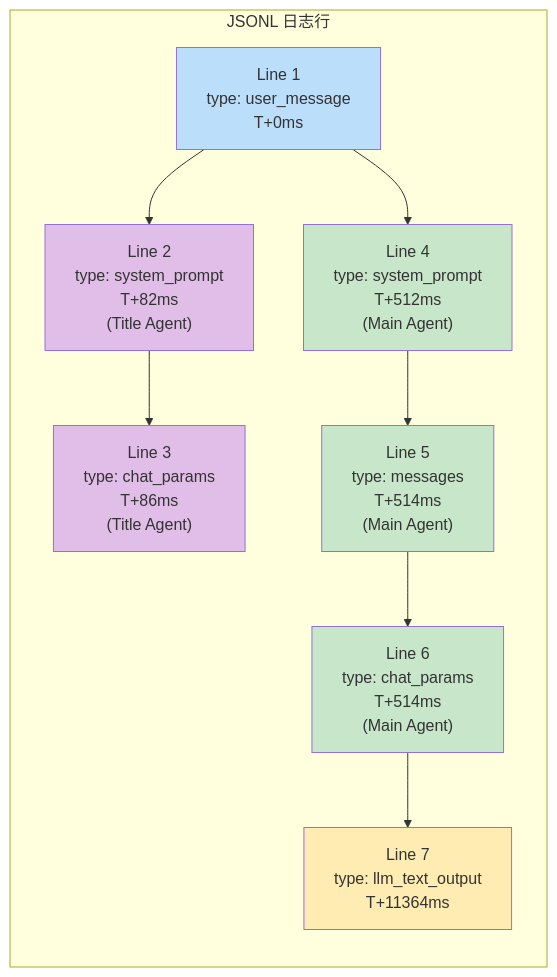
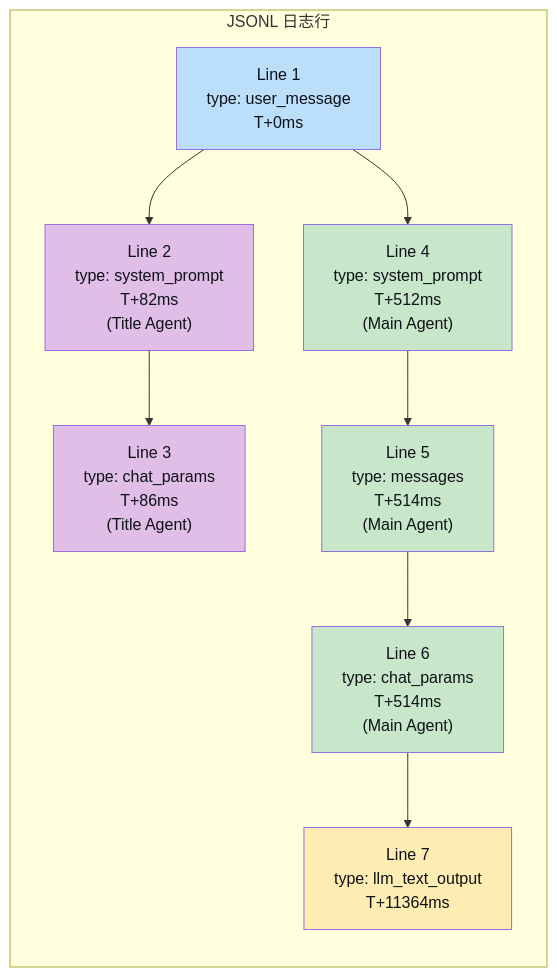
Before and after one commit to 055liufl/agent-project: the second of 6 diagrams in opencode/opencode/.learnings/opencode-llm-io-session.md, drawn with Mermaid. The commit also changed other lines of this file and 1 other file, not shown here.

Commit message:
流程图字体颜色和背景颜色修改

````diff
--- a/opencode/opencode/.learnings/opencode-llm-io-session.md
+++ b/opencode/opencode/.learnings/opencode-llm-io-session.md
@@ -302,23 +302,23 @@
 ```mermaid
 flowchart LR
     subgraph JSONL 日志行
         L1["Line 1<br/>type: user_message<br/>T+0ms"]
         L2["Line 2<br/>type: system_prompt<br/>T+82ms<br/>(Title Agent)"]
         L3["Line 3<br/>type: chat_params<br/>T+86ms<br/>(Title Agent)"]
         L4["Line 4<br/>type: system_prompt<br/>T+512ms<br/>(Main Agent)"]
         L5["Line 5<br/>type: messages<br/>T+514ms<br/>(Main Agent)"]
         L6["Line 6<br/>type: chat_params<br/>T+514ms<br/>(Main Agent)"]
         L7["Line 7<br/>type: llm_text_output<br/>T+11364ms"]
     end
 
     L1 --> L2 --> L3
     L1 --> L4 --> L5 --> L6 --> L7
 
-    style L1 fill:#bbdefb
-    style L2 fill:#e1bee7
-    style L3 fill:#e1bee7
-    style L4 fill:#c8e6c9
-    style L5 fill:#c8e6c9
-    style L6 fill:#c8e6c9
-    style L7 fill:#ffecb3
+    style L1 fill:#bbdefb,color:#0d1117
+    style L2 fill:#e1bee7,color:#0d1117
+    style L3 fill:#e1bee7,color:#0d1117
+    style L4 fill:#c8e6c9,color:#0d1117
+    style L5 fill:#c8e6c9,color:#0d1117
+    style L6 fill:#c8e6c9,color:#0d1117
+    style L7 fill:#ffecb3,color:#0d1117
 ```
````
